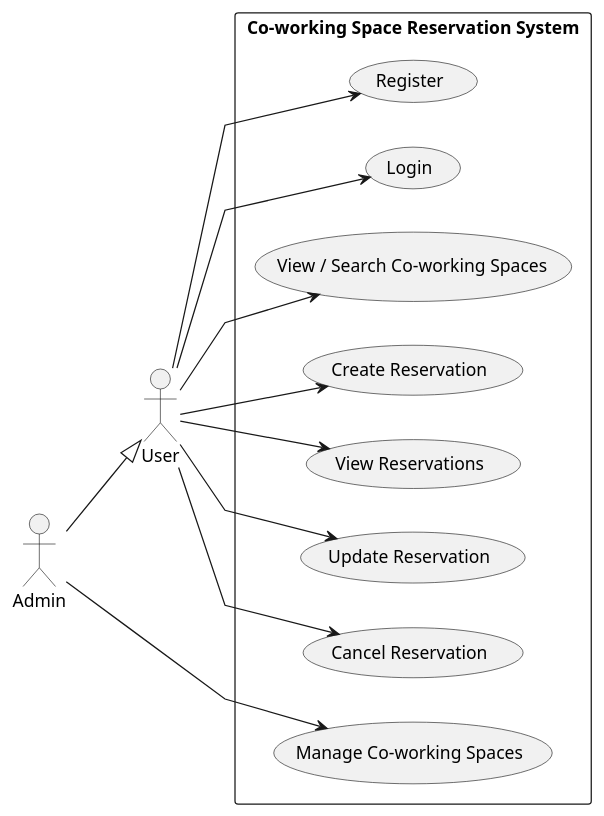
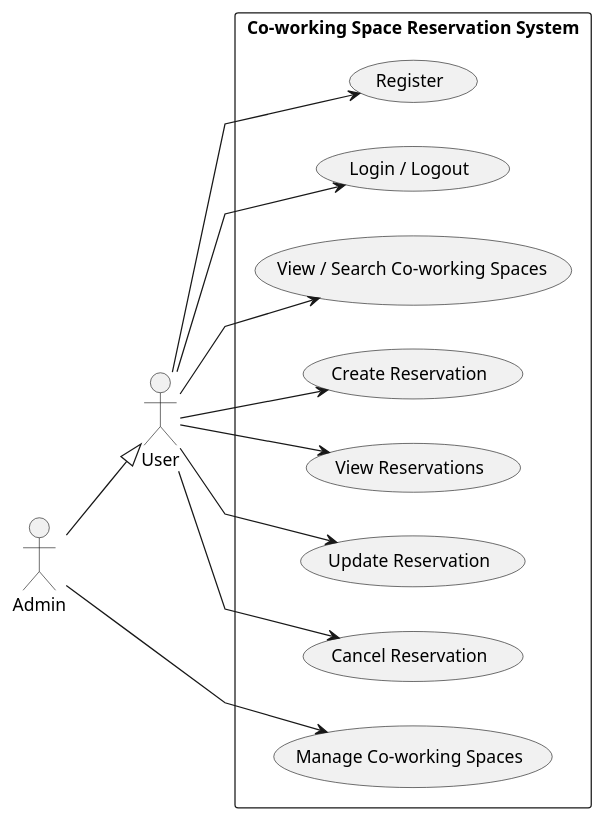
Before and after one commit to AiSiriRak/peony-room: the diagram in docs/diagrams/usecase-diagram.puml, drawn with PlantUML. The commit also changed 10 other files, not shown here.

Commit message:
fix(docs): add logout seq and edit sequence

```diff
--- a/docs/diagrams/usecase-diagram.puml
+++ b/docs/diagrams/usecase-diagram.puml
@@ -1,29 +1,29 @@
 @startuml Co-working Space Usecase Diagram
 left to right direction
 skinparam linetype polyline
 
 actor "User" as user
 actor "Admin" as admin
 
 rectangle "Co-working Space Reservation System" {
     usecase "Register" as usecase1
-    usecase "Login" as usecase2
+    usecase "Login / Logout" as usecase2
     usecase "View / Search Co-working Spaces" as usecase3
     usecase "Create Reservation" as usecase4
     usecase "View Reservations" as usecase5
     usecase "Update Reservation" as usecase6
     usecase "Cancel Reservation" as usecase7
     usecase "Manage Co-working Spaces" as usecase8
 }
 
 user --> usecase1
 user --> usecase2
 user --> usecase3
 user --> usecase4
 user --> usecase5
 user --> usecase6
 user --> usecase7
 
 admin --|> user
 admin --> usecase8
 @enduml
```
